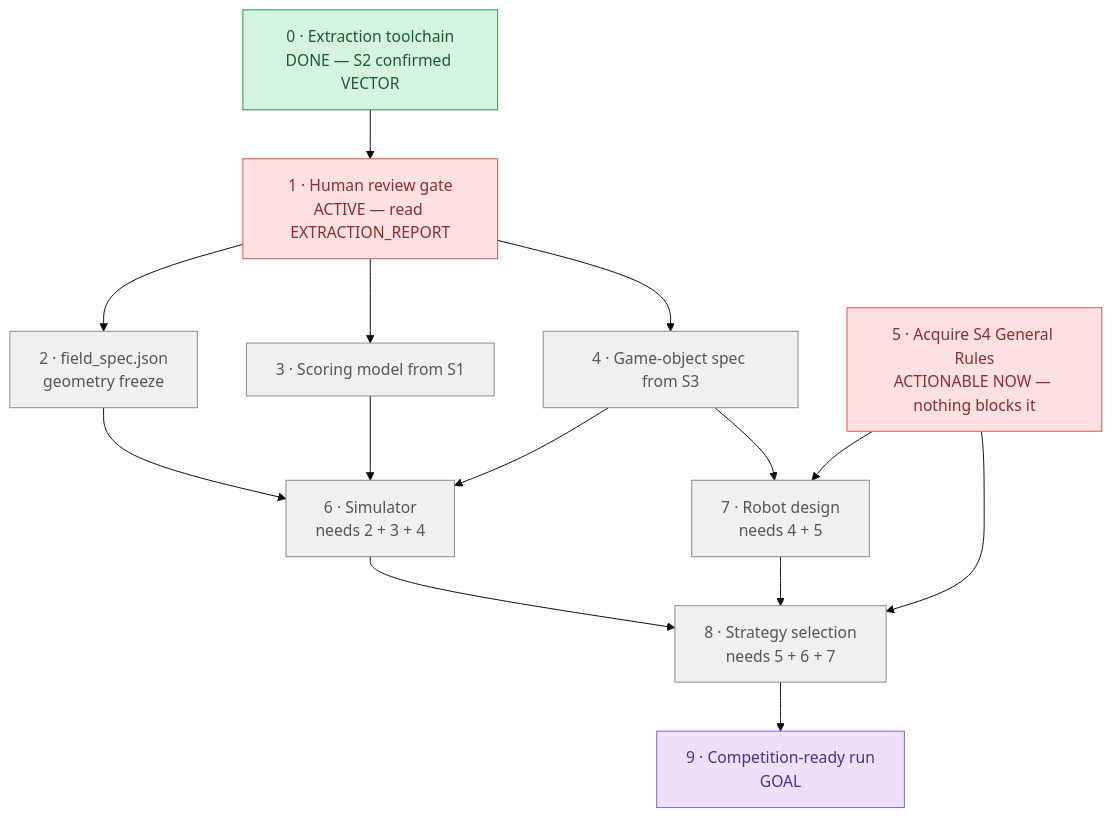
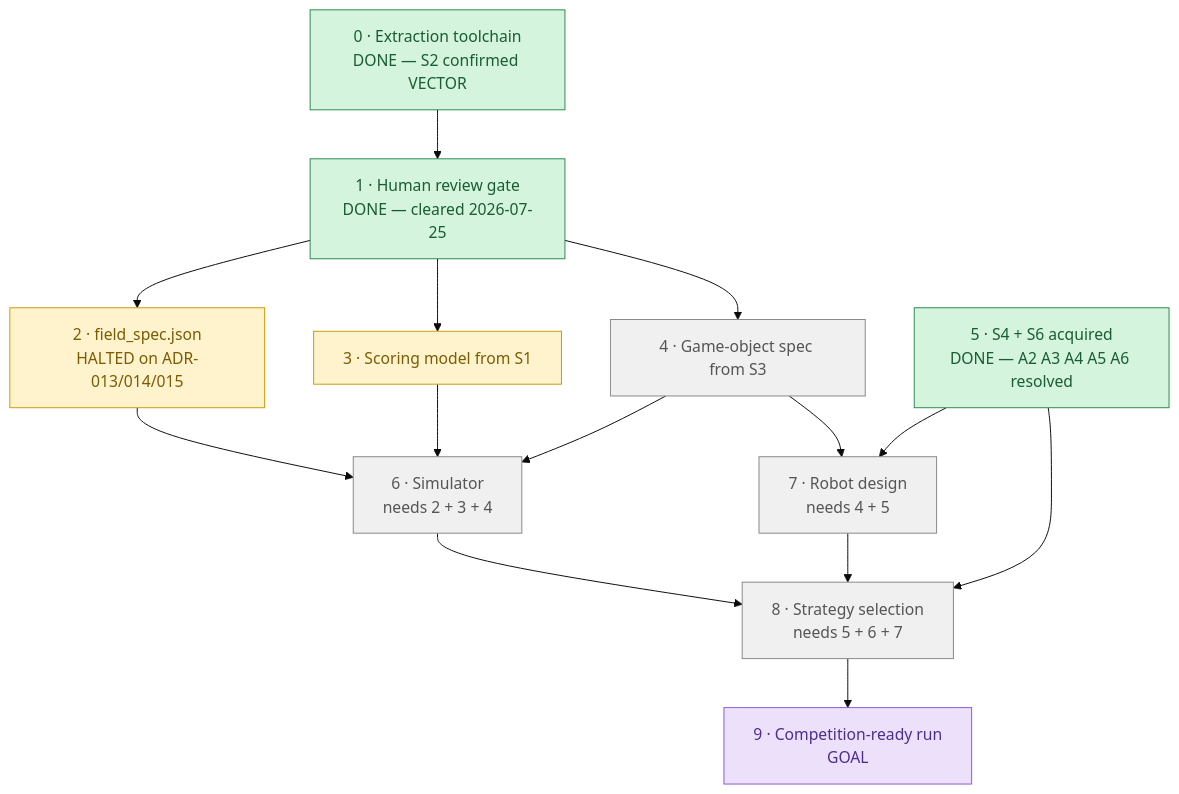
One commit to lumduan/wro-2026 changed the diagram in docs/plans/ROADMAP.md. Above: the diagram before and after it, drawn with Mermaid (base theme). The commit also changed other lines of this file and 15 other files, not shown here.

````diff
--- a/docs/plans/ROADMAP.md
+++ b/docs/plans/ROADMAP.md
@@ -7,28 +7,28 @@
 ```mermaid
 flowchart TD
-    P0["0 · Extraction toolchain<br/>DONE — S2 confirmed VECTOR"] --> P1["1 · Human review gate<br/>ACTIVE — read EXTRACTION_REPORT"]
-    P1 --> P2["2 · field_spec.json<br/>geometry freeze"]
+    P0["0 · Extraction toolchain<br/>DONE — S2 confirmed VECTOR"] --> P1["1 · Human review gate<br/>DONE — cleared 2026-07-25"]
+    P1 --> P2["2 · field_spec.json<br/>HALTED on ADR-013/014/015"]
     P1 --> P3["3 · Scoring model from S1"]
     P1 --> P4["4 · Game-object spec from S3"]
     P2 --> P6["6 · Simulator<br/>needs 2 + 3 + 4"]
     P3 --> P6
     P4 --> P6
-    P5["5 · Acquire S4 General Rules<br/>ACTIONABLE NOW — nothing blocks it"] --> P7["7 · Robot design<br/>needs 4 + 5"]
+    P5["5 · S4 + S6 acquired<br/>DONE — A2 A3 A4 A5 A6 resolved"] --> P7["7 · Robot design<br/>needs 4 + 5"]
     P4 --> P7
     P6 --> P8["8 · Strategy selection<br/>needs 5 + 6 + 7"]
     P7 --> P8
     P5 --> P8
     P8 --> P9["9 · Competition-ready run<br/>GOAL"]
 
     classDef done     fill:#d4f4dd,stroke:#2d8a4e,color:#1a5c33
     classDef active   fill:#fff3cd,stroke:#cc9a06,color:#7a5c04
     classDef ready    fill:#d6e9ff,stroke:#3b7dd8,color:#1e4d8f
     classDef blocked  fill:#f0f0f0,stroke:#888,color:#555
     classDef decision fill:#fde0e0,stroke:#d05555,color:#8f2e2e
     classDef goal     fill:#ede0fb,stroke:#8a5cd8,color:#4d2e8f
 
-    class P0 done
-    class P1,P5 decision
-    class P2,P3,P4,P6,P7,P8 blocked
+    class P0,P1,P5 done
+    class P2,P3 active
+    class P4,P6,P7,P8 blocked
     class P9 goal
 ```
````
